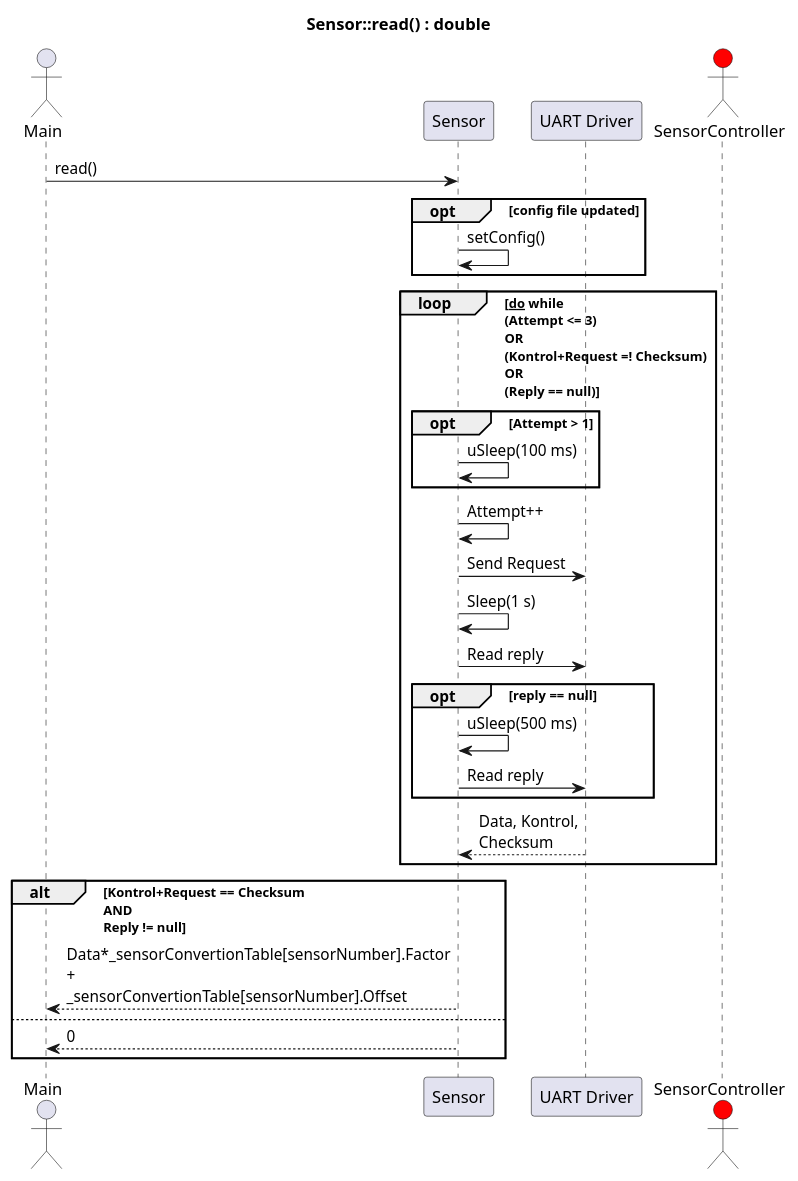
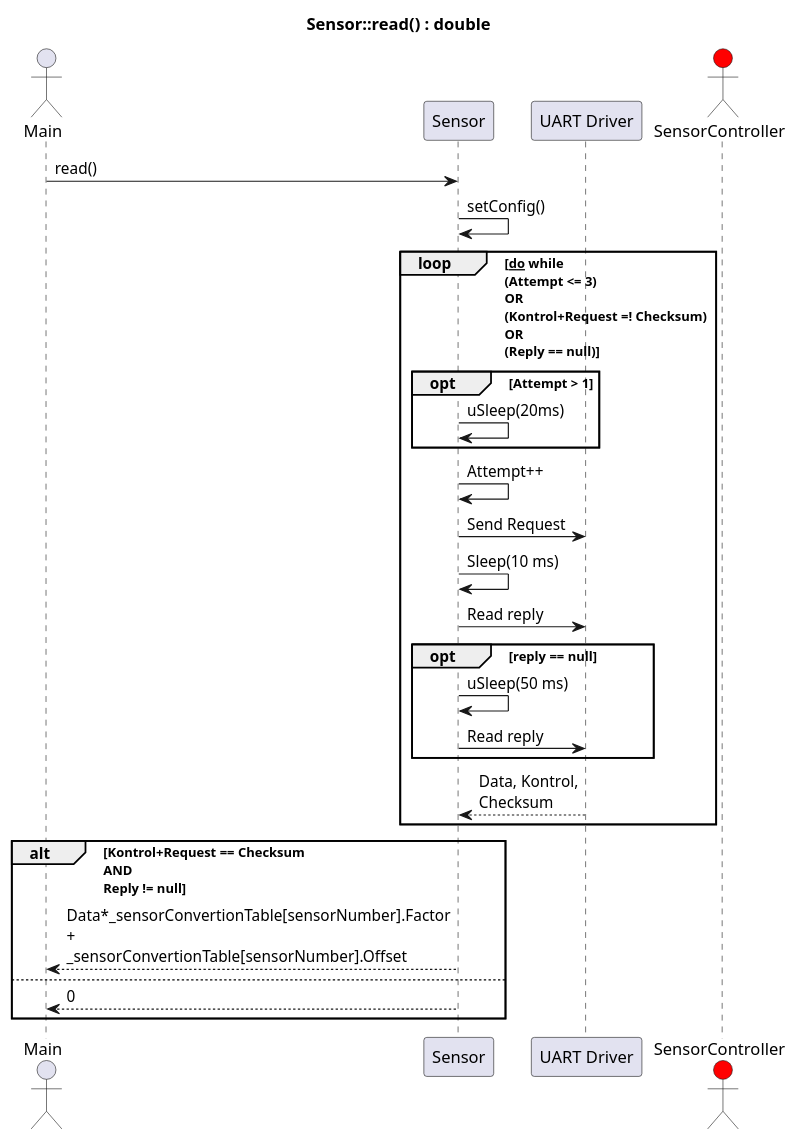
One commit to Solvgraa-mager/E4PRJ4 changed the diagram in Design/SE/SensorController Driver/SD_read.puml. Above: the diagram before and after it, drawn with PlantUML. The commit also changed 29 other files, not shown here.

```diff
--- a/Design/SE/SensorController Driver/SD_read.puml
+++ b/Design/SE/SensorController Driver/SD_read.puml
@@ -1,41 +1,39 @@
 @startuml SD_SensorControllerRead
 
 title Sensor::read() : double
 
 skinparam MaxMessageSize 150
 
 actor Main as Main
 participant Sensor as SD
 participant "UART Driver" as UART
 actor SensorController as SC #red
 
 
 Main -> SD : read()
 
-opt config file updated
 SD -> SD : setConfig()
-end
 
 loop <u>do</u> while \n(Attempt <= 3) \nOR \n(Kontrol+Request =! Checksum) \nOR \n(Reply == null)
     opt Attempt > 1
-        SD -> SD : uSleep(100 ms)
+        SD -> SD : uSleep(20ms)
     end opt
     SD -> SD : Attempt++
     SD -> UART : Send Request
-    SD -> SD : Sleep(1 s)
+    SD -> SD : Sleep(10 ms)
     SD -> UART : Read reply
     opt reply == null
-        SD -> SD : uSleep(500 ms)
+        SD -> SD : uSleep(50 ms)
         SD -> UART : Read reply
     end opt
     UART --> SD : Data, Kontrol, Checksum
 end loop
 
 alt Kontrol+Request == Checksum \nAND \nReply != null
 SD --> Main : Data*_sensorConvertionTable[sensorNumber].Factor + _sensorConvertionTable[sensorNumber].Offset
 else 
 SD --> Main : 0
 end alt
 
 
 @enduml
```
